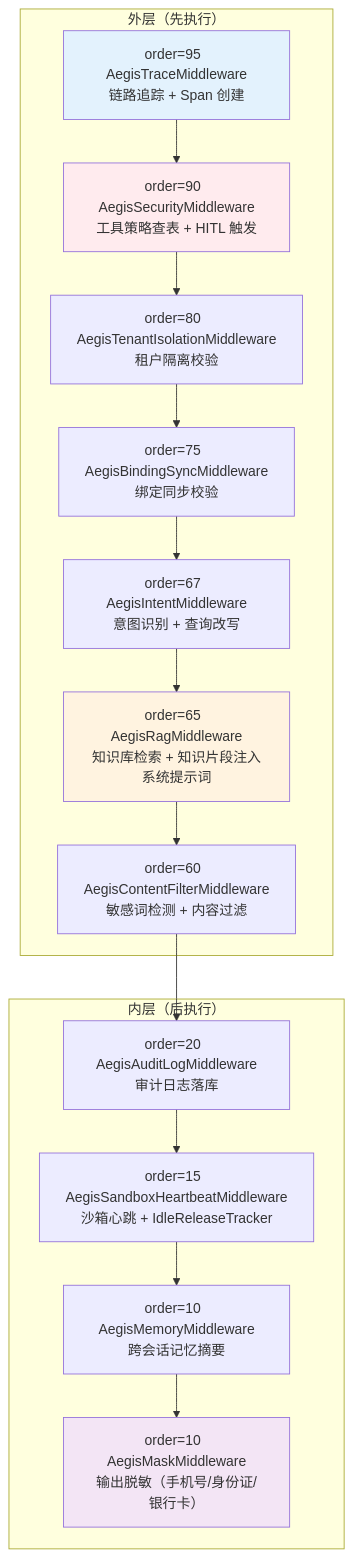
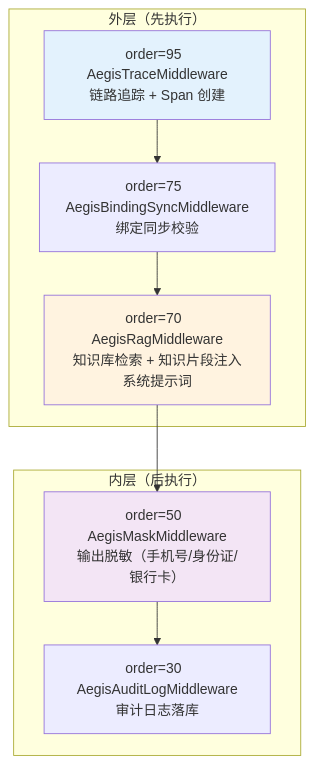
Before and after one commit to HarnessAgentStack/AegisAgent: the fifth of 11 diagrams in docs/runtime-execution-flow.md, drawn with Mermaid. The commit also changed other lines of this file and 5 other files, not shown here.

````diff
--- a/docs/runtime-execution-flow.md
+++ b/docs/runtime-execution-flow.md
@@ -206,24 +205,17 @@
 ```mermaid
 flowchart TD
     subgraph "外层（先执行）"
         M1["order=95  AegisTraceMiddleware<br/>链路追踪 + Span 创建"]
-        M2["order=90  AegisSecurityMiddleware<br/>工具策略查表 + HITL 触发"]
-        M3["order=80  AegisTenantIsolationMiddleware<br/>租户隔离校验"]
-        M3_5["order=75  AegisBindingSyncMiddleware<br/>绑定同步校验"]
-        M4["order=67  AegisIntentMiddleware<br/>意图识别 + 查询改写"]
-        M5["order=65  AegisRagMiddleware<br/>知识库检索 + 知识片段注入系统提示词"]
-        M6["order=60  AegisContentFilterMiddleware<br/>敏感词检测 + 内容过滤"]
+        M2["order=75  AegisBindingSyncMiddleware<br/>绑定同步校验"]
+        M3["order=70  AegisRagMiddleware<br/>知识库检索 + 知识片段注入系统提示词"]
     end
     subgraph "内层（后执行）"
-        M7["order=20  AegisAuditLogMiddleware<br/>审计日志落库"]
-        M8["order=15  AegisSandboxHeartbeatMiddleware<br/>沙箱心跳 + IdleReleaseTracker"]
-        M9["order=10  AegisMemoryMiddleware<br/>跨会话记忆摘要"]
-        M10["order=10  AegisMaskMiddleware<br/>输出脱敏（手机号/身份证/银行卡）"]
+        M4["order=50  AegisMaskMiddleware<br/>输出脱敏（手机号/身份证/银行卡）"]
+        M5["order=30  AegisAuditLogMiddleware<br/>审计日志落库"]
     end
 
-    M1 --> M2 --> M3 --> M3_5 --> M4 --> M5 --> M6 --> M7 --> M8 --> M9 --> M10
+    M1 --> M2 --> M3 --> M4 --> M5
     style M1 fill:#e3f2fd
-    style M2 fill:#ffebee
-    style M5 fill:#fff3e0
-    style M10 fill:#f3e5f5
+    style M3 fill:#fff3e0
+    style M4 fill:#f3e5f5
 ```
````
